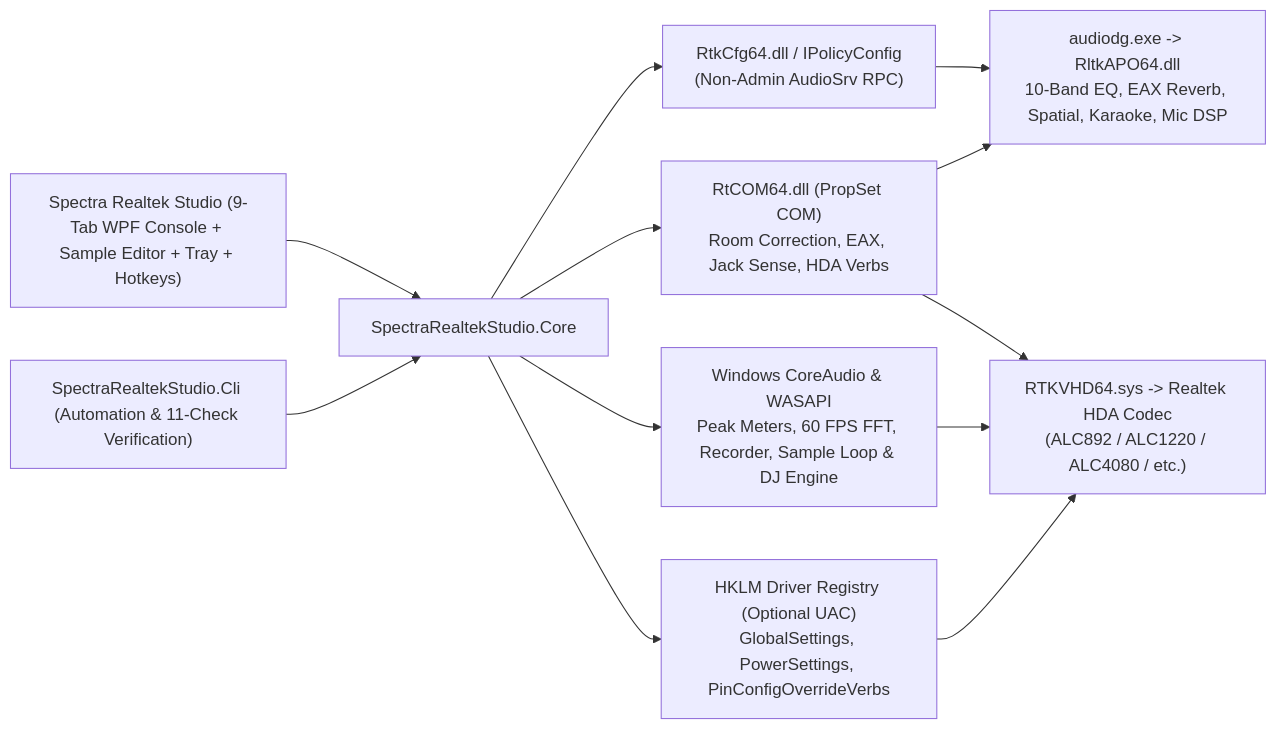
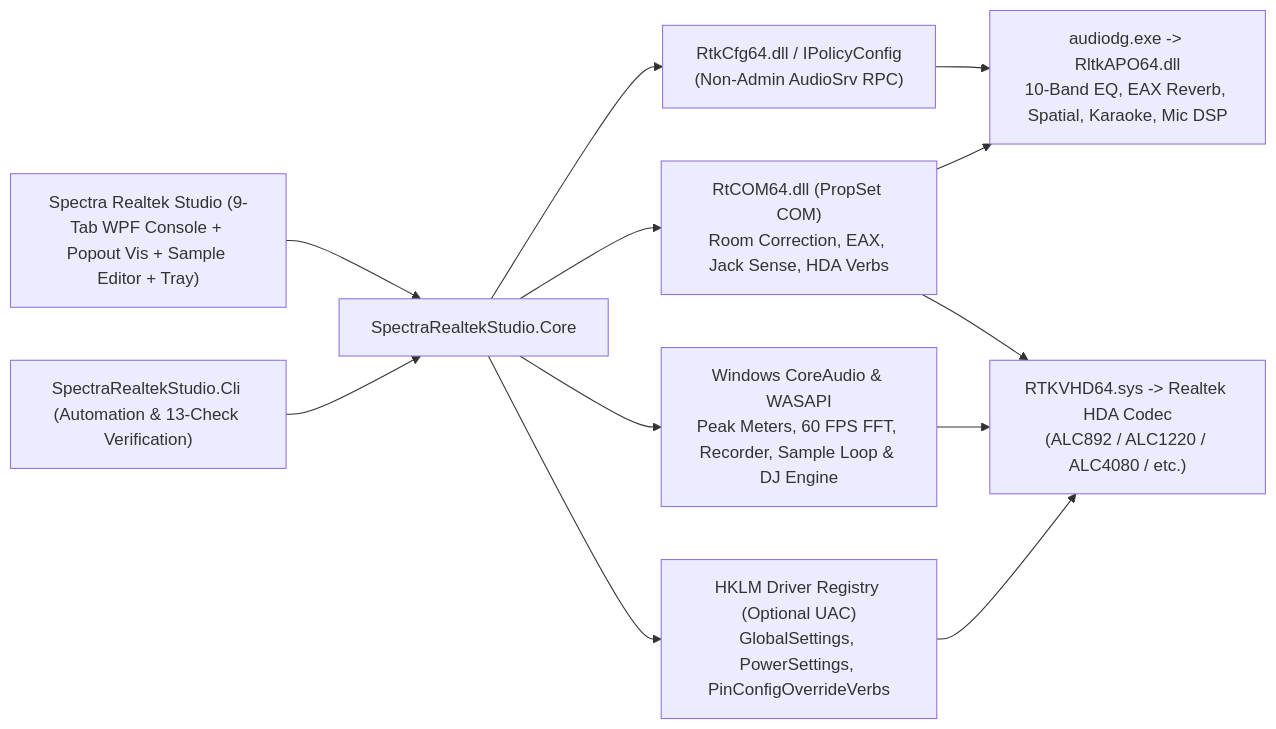
The diagram in README.md (Creator-NL/SpectraRealtekStudio), drawn with Mermaid before and after one commit. The commit also changed other lines of this file and 15 other files, not shown here.

````diff
--- a/README.md
+++ b/README.md
@@ -65,27 +65,27 @@
 ```mermaid
 flowchart LR
-    UI["Spectra Realtek Studio (9-Tab WPF Console + Sample Editor + Tray + Hotkeys)"]
-    CLI["SpectraRealtekStudio.Cli (Automation & 11-Check Verification)"]
+    UI["Spectra Realtek Studio (9-Tab WPF Console + Popout Vis + Sample Editor + Tray)"]
+    CLI["SpectraRealtekStudio.Cli (Automation & 13-Check Verification)"]
     CORE["SpectraRealtekStudio.Core"]
 
     RPC["RtkCfg64.dll / IPolicyConfig\n(Non-Admin AudioSrv RPC)"]
     COM["RtCOM64.dll (PropSet COM)\nRoom Correction, EAX, Jack Sense, HDA Verbs"]
     CA["Windows CoreAudio & WASAPI\nPeak Meters, 60 FPS FFT, Recorder, Sample Loop & DJ Engine"]
     REG["HKLM Driver Registry (Optional UAC)\nGlobalSettings, PowerSettings, PinConfigOverrideVerbs"]
 
     APO["audiodg.exe -> RltkAPO64.dll\n10-Band EQ, EAX Reverb, Spatial, Karaoke, Mic DSP"]
     DRV["RTKVHD64.sys -> Realtek HDA Codec\n(ALC892 / ALC1220 / ALC4080 / etc.)"]
 
     UI --> CORE
     CLI --> CORE
     CORE --> RPC
     CORE --> COM
     CORE --> CA
     CORE --> REG
 
     RPC --> APO
     COM --> APO
     COM --> DRV
     CA --> DRV
     REG --> DRV
 ```
````
